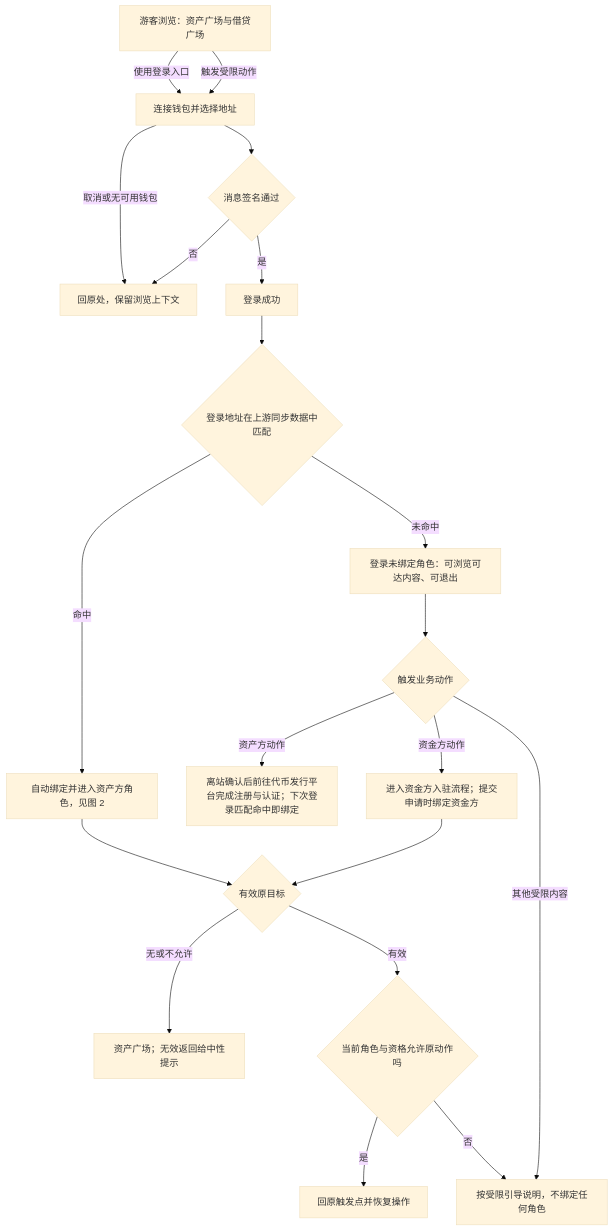
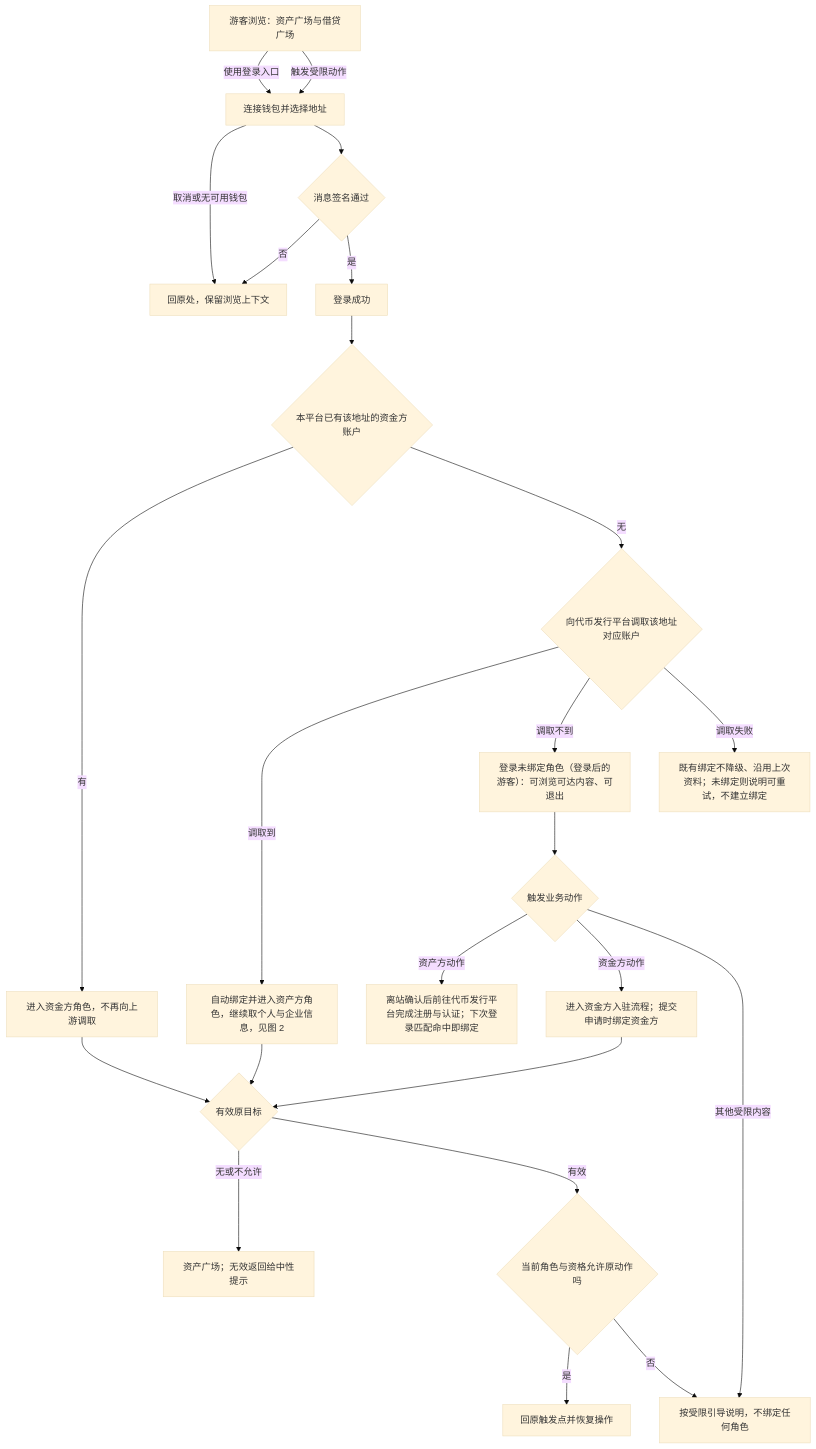
The first of 7 diagrams in lending-platform/PRD/v2.0-登录与账户体系/02-登录主干与资产方SSO接入-流程图与状态机.md (wxblockchain/Chain-Financing), drawn with Mermaid (base theme) before and after one commit. The commit also changed other lines of this file and 3 other files, not shown here.

First line of the commit message:
docs(WS-371): decide roles by funder lookup first, then pull upstream data

````diff
--- a/lending-platform/PRD/v2.0-登录与账户体系/02-登录主干与资产方SSO接入-流程图与状态机.md
+++ b/lending-platform/PRD/v2.0-登录与账户体系/02-登录主干与资产方SSO接入-流程图与状态机.md
@@ -10,22 +10,26 @@
 ```mermaid
 flowchart TD
     G["游客浏览：资产广场与借贷广场"] -->|使用登录入口| W["连接钱包并选择地址"]
     G -->|触发受限动作| W
     W -->|取消或无可用钱包| O["回原处，保留浏览上下文"]
     W --> S{"消息签名通过"}
     S -->|否| O
     S -->|是| IN["登录成功"]
-    IN --> M{"登录地址在上游同步数据中匹配"}
-    M -->|命中| ASSET["自动绑定并进入资产方角色，见图 2"]
-    M -->|未命中| NONE["登录未绑定角色：可浏览可达内容、可退出"]
+    IN --> F{"本平台已有该地址的资金方账户"}
+    F -->|有| FUNDER["进入资金方角色，不再向上游调取"]
+    F -->|无| PULL{"向代币发行平台调取该地址对应账户"}
+    PULL -->|调取到| ASSET["自动绑定并进入资产方角色，继续取个人与企业信息，见图 2"]
+    PULL -->|调取不到| NONE["登录未绑定角色（登录后的游客）：可浏览可达内容、可退出"]
+    PULL -->|调取失败| KEEP["既有绑定不降级、沿用上次资料；未绑定则说明可重试，不建立绑定"]
     NONE --> ACT{"触发业务动作"}
     ACT -->|资产方动作| UP["离站确认后前往代币发行平台完成注册与认证；下次登录匹配命中即绑定"]
     ACT -->|资金方动作| FUND["进入资金方入驻流程；提交申请时绑定资金方"]
     ACT -->|其他受限内容| GUIDE["按受限引导说明，不绑定任何角色"]
     ASSET --> NEXT{"有效原目标"}
+    FUNDER --> NEXT
     FUND --> NEXT
     NEXT -->|无或不允许| PLAZA["资产广场；无效返回给中性提示"]
     NEXT -->|有效| Q{"当前角色与资格允许原动作吗"}
     Q -->|是| BACK["回原触发点并恢复操作"]
     Q -->|否| GUIDE
 ```
````
